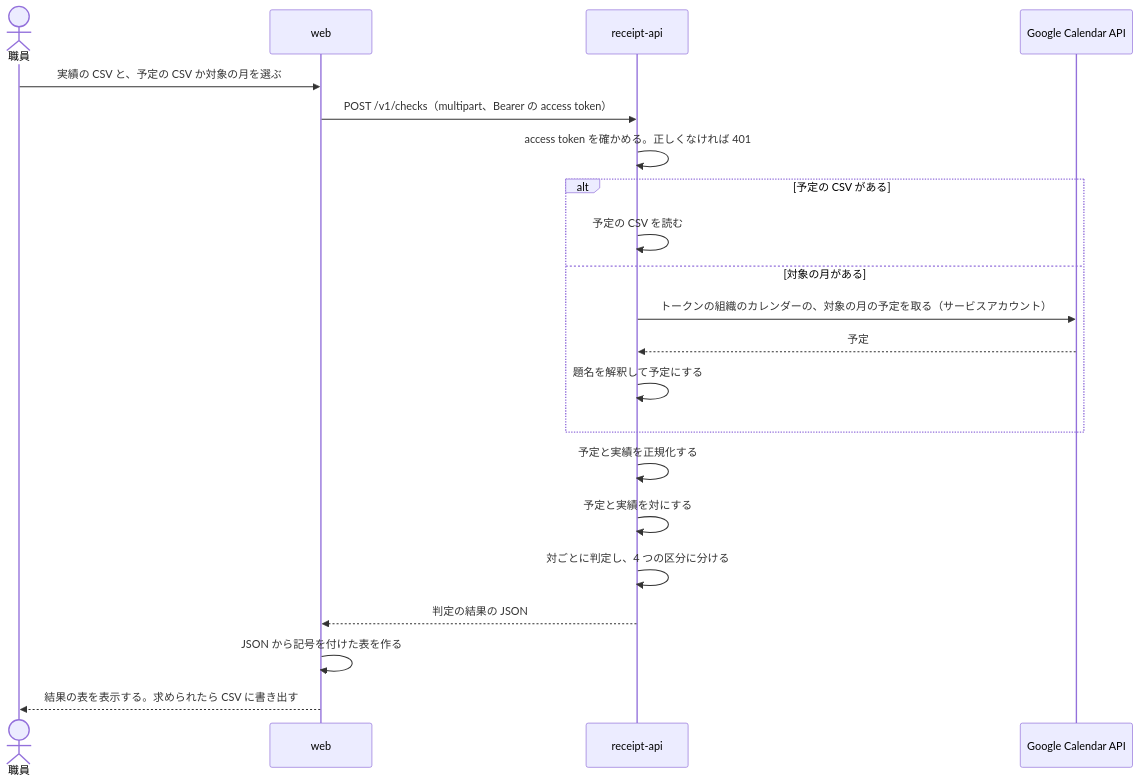
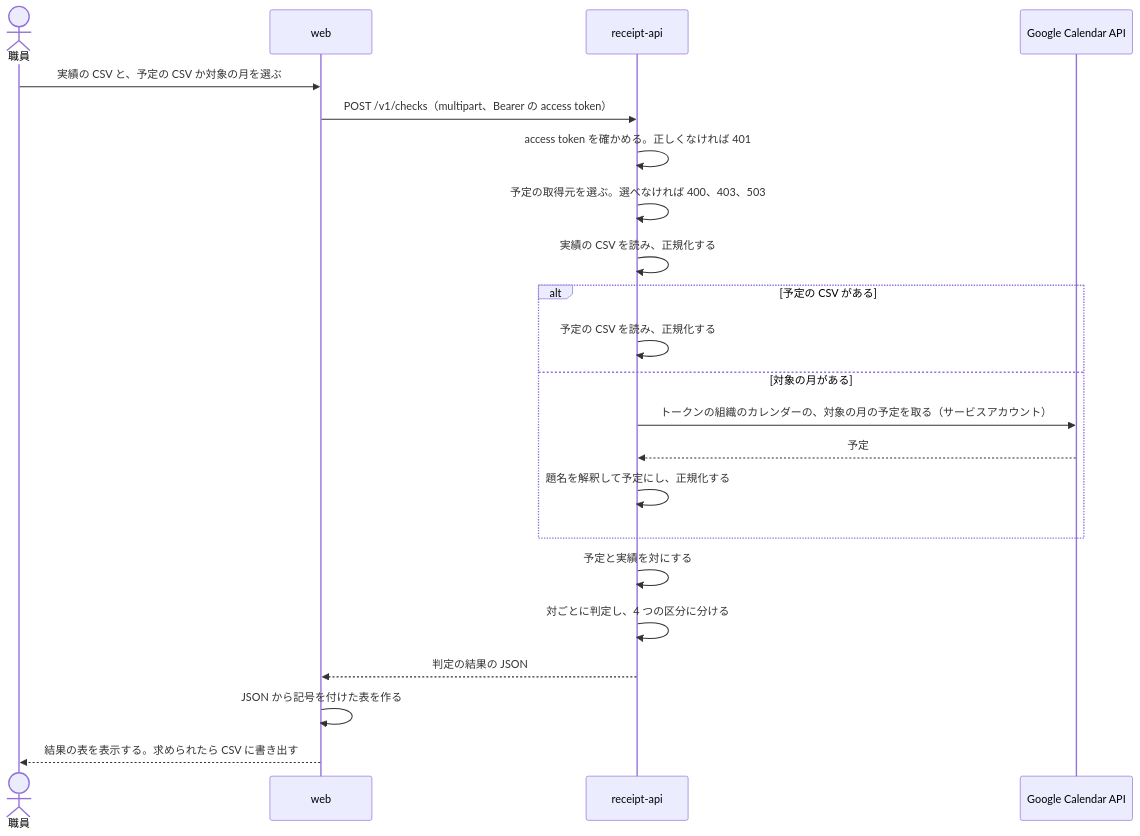
Before and after one commit to Fukuemon/buddy: the diagram in apps/receipt-api/DesignDoc.md, drawn with Mermaid. The commit also changed other lines of this file and 1 other file, not shown here.

````diff
--- a/apps/receipt-api/DesignDoc.md
+++ b/apps/receipt-api/DesignDoc.md
@@ -59,24 +59,25 @@
 ```mermaid
 sequenceDiagram
   actor S as 職員
   participant W as web
   participant R as receipt-api
   participant G as Google Calendar API
 
   S->>W: 実績の CSV と、予定の CSV か対象の月を選ぶ
   W->>R: POST /v1/checks（multipart、Bearer の access token）
   R->>R: access token を確かめる。正しくなければ 401
+  R->>R: 予定の取得元を選ぶ。選べなければ 400、403、503
+  R->>R: 実績の CSV を読み、正規化する
   alt 予定の CSV がある
-    R->>R: 予定の CSV を読む
+    R->>R: 予定の CSV を読み、正規化する
   else 対象の月がある
     R->>G: トークンの組織のカレンダーの、対象の月の予定を取る（サービスアカウント）
     G-->>R: 予定
-    R->>R: 題名を解釈して予定にする
+    R->>R: 題名を解釈して予定にし、正規化する
   end
-  R->>R: 予定と実績を正規化する
   R->>R: 予定と実績を対にする
   R->>R: 対ごとに判定し、4 つの区分に分ける
   R-->>W: 判定の結果の JSON
   W->>W: JSON から記号を付けた表を作る
   W-->>S: 結果の表を表示する。求められたら CSV に書き出す
 ```
````
